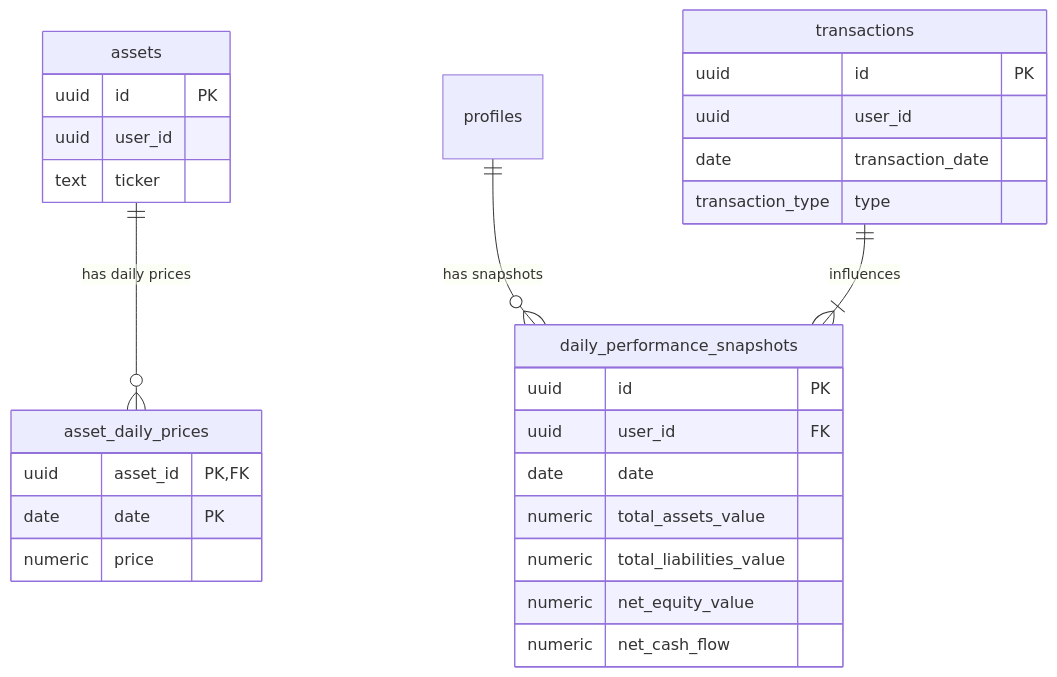
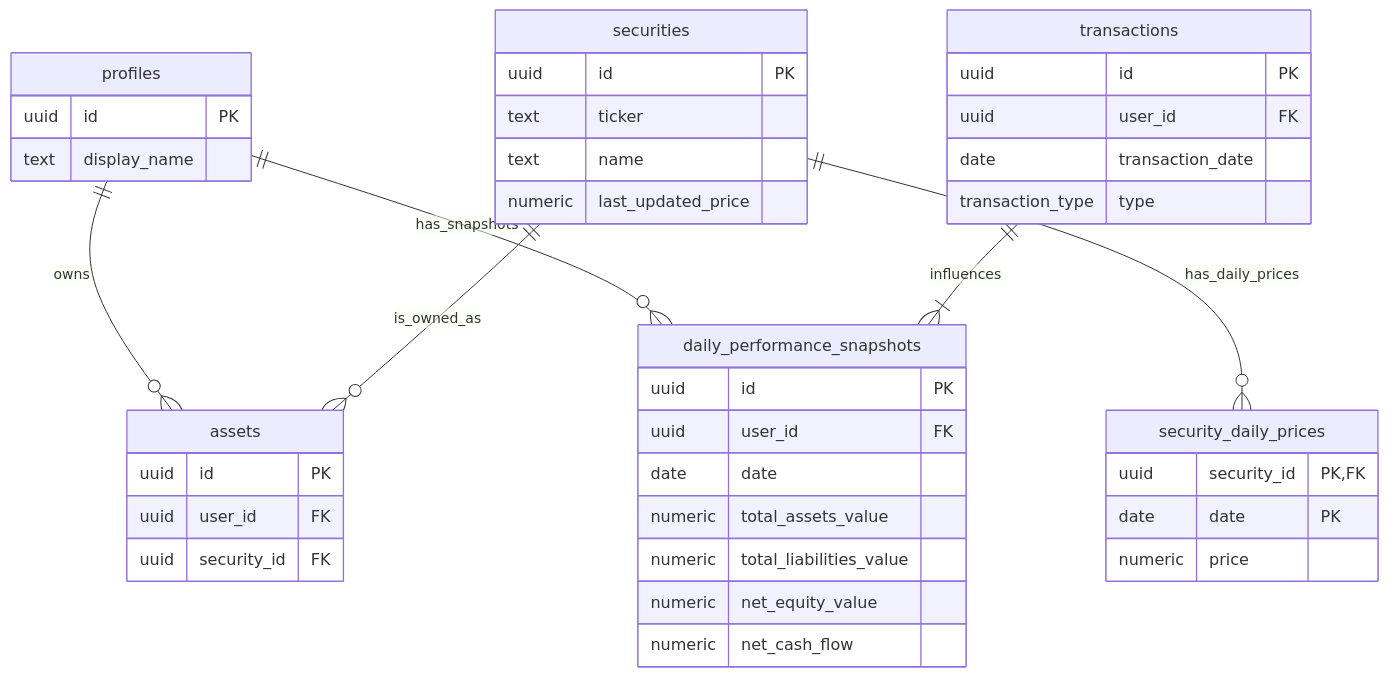
Before and after one commit to ntvinh1602/portfolio-app: the diagram in docs/performance_calculation_plan.md, drawn with Mermaid. The commit also changed other lines of this file and 2 other files, not shown here.

Commit message:
feat: Add foreign key constraint for currency_code in securities table

````diff
--- a/docs/performance_calculation_plan.md
+++ b/docs/performance_calculation_plan.md
@@ -64,35 +67,49 @@
 ```mermaid
 erDiagram
+    profiles {
+        uuid id PK
+        text display_name
+    }
+
+    securities {
+        uuid id PK
+        text ticker
+        text name
+        numeric last_updated_price
+    }
+
     assets {
         uuid id PK
-        uuid user_id
-        text ticker
+        uuid user_id FK
+        uuid security_id FK
     }
 
     transactions {
         uuid id PK
-        uuid user_id
+        uuid user_id FK
         date transaction_date
         transaction_type type
     }
 
-    asset_daily_prices {
-        uuid asset_id PK, FK
+    security_daily_prices {
+        uuid security_id PK, FK
         date date PK
         numeric price
     }
 
     daily_performance_snapshots {
         uuid id PK
         uuid user_id FK
         date date
         numeric total_assets_value
         numeric total_liabilities_value
         numeric net_equity_value
         numeric net_cash_flow
     }
 
-    assets ||--o{ asset_daily_prices : "has daily prices"
-    profiles ||--o{ daily_performance_snapshots : "has snapshots"
+    profiles ||--o{ assets : "owns"
+    securities ||--o{ assets : "is_owned_as"
+    securities ||--o{ security_daily_prices : "has_daily_prices"
+    profiles ||--o{ daily_performance_snapshots : "has_snapshots"
     transactions ||--|{ daily_performance_snapshots : "influences"
 ```
````
